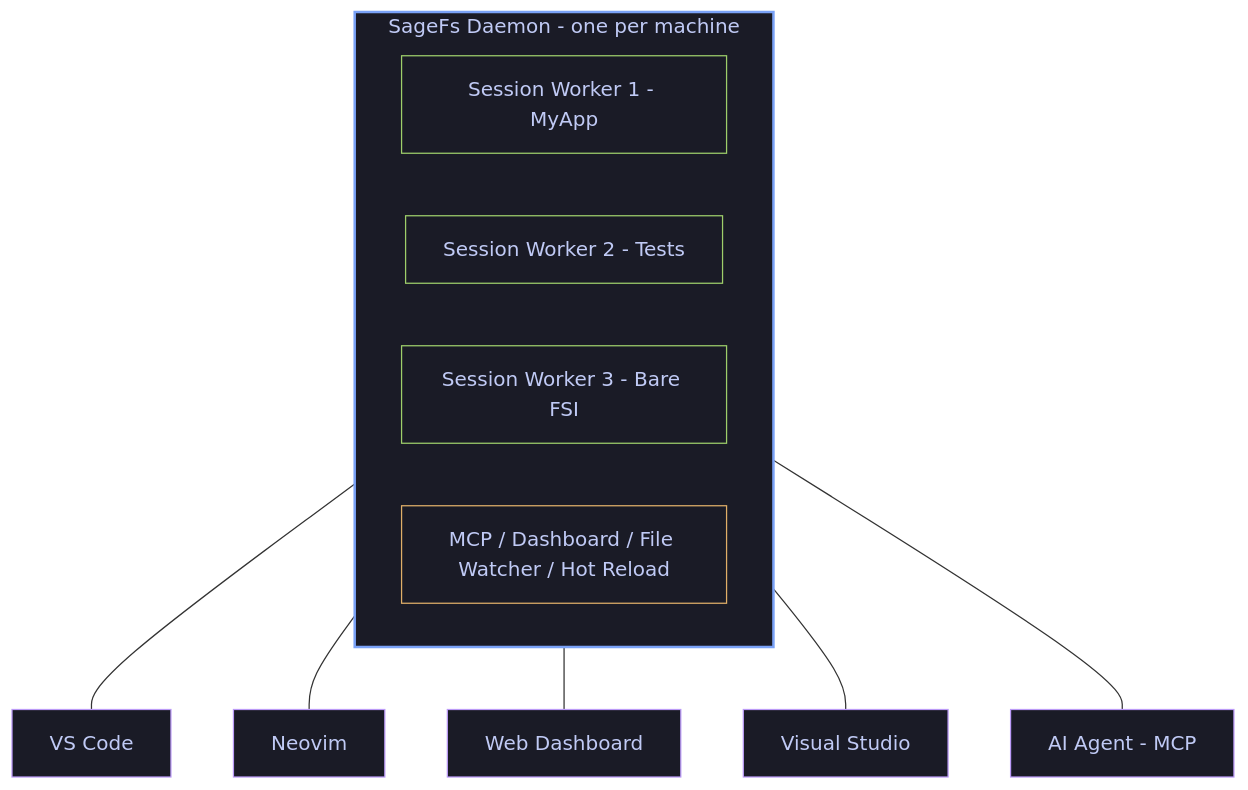
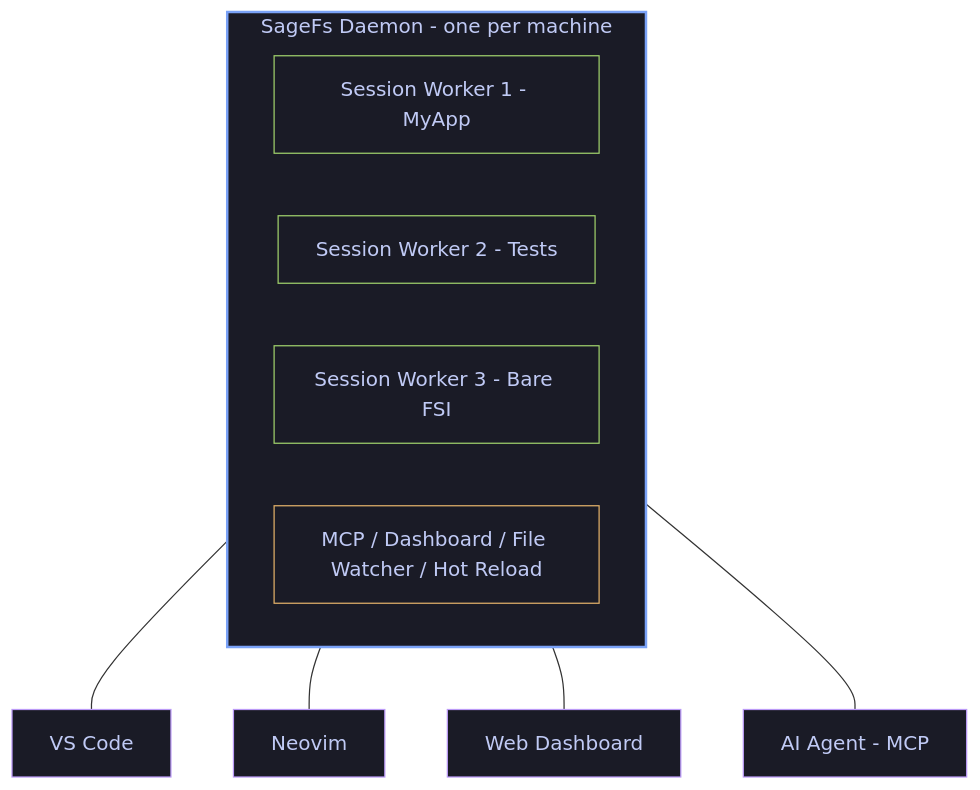
Before and after one commit to WillEhrendreich/SageFs: the second of 2 diagrams in Readme.md, drawn with Mermaid. The commit also changed other lines of this file and 5 other files, not shown here.

First line of the commit message:
chore(vs): deprecate the Visual Studio extension

````diff
--- a/Readme.md
+++ b/Readme.md
@@ -221,26 +217,24 @@
 ```mermaid
 flowchart TB
     subgraph D[SageFs Daemon - one per machine]
         S1[Session Worker 1 - MyApp]
         S2[Session Worker 2 - Tests]
         S3[Session Worker 3 - Bare FSI]
         SVC[MCP / Dashboard / File Watcher / Hot Reload]
     end
 
     D --- VS[VS Code]
     D --- NV[Neovim]
     D --- WB[Web Dashboard]
-    D --- VI[Visual Studio]
     D --- AI[AI Agent - MCP]
 
     style D fill:#1a1b26,stroke:#7aa2f7,stroke-width:2px,color:#c0caf5
     style S1 fill:#1a1b26,stroke:#9ece6a,color:#c0caf5
     style S2 fill:#1a1b26,stroke:#9ece6a,color:#c0caf5
     style S3 fill:#1a1b26,stroke:#9ece6a,color:#c0caf5
     style SVC fill:#1a1b26,stroke:#e0af68,color:#c0caf5
     style VS fill:#1a1b26,stroke:#bb9af7,color:#c0caf5
     style NV fill:#1a1b26,stroke:#bb9af7,color:#c0caf5
     style WB fill:#1a1b26,stroke:#bb9af7,color:#c0caf5
-    style VI fill:#1a1b26,stroke:#bb9af7,color:#c0caf5
     style AI fill:#1a1b26,stroke:#bb9af7,color:#c0caf5
 ```
````
